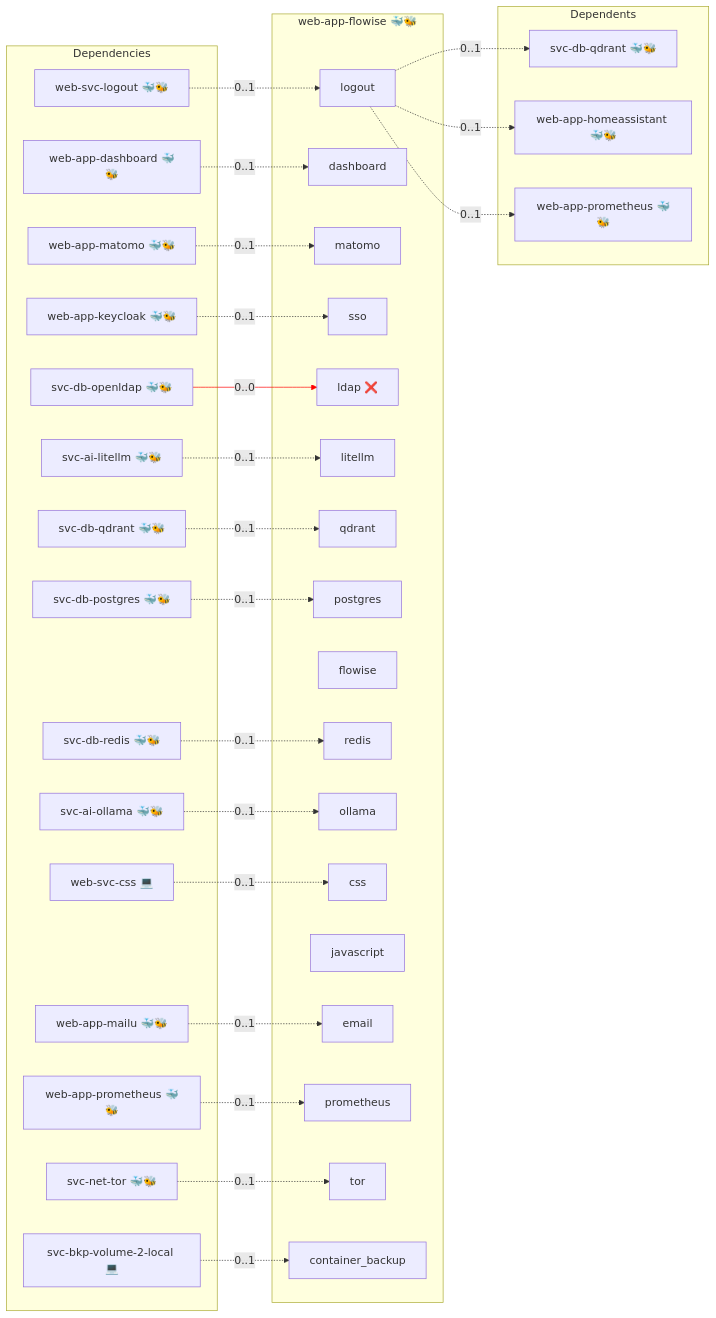
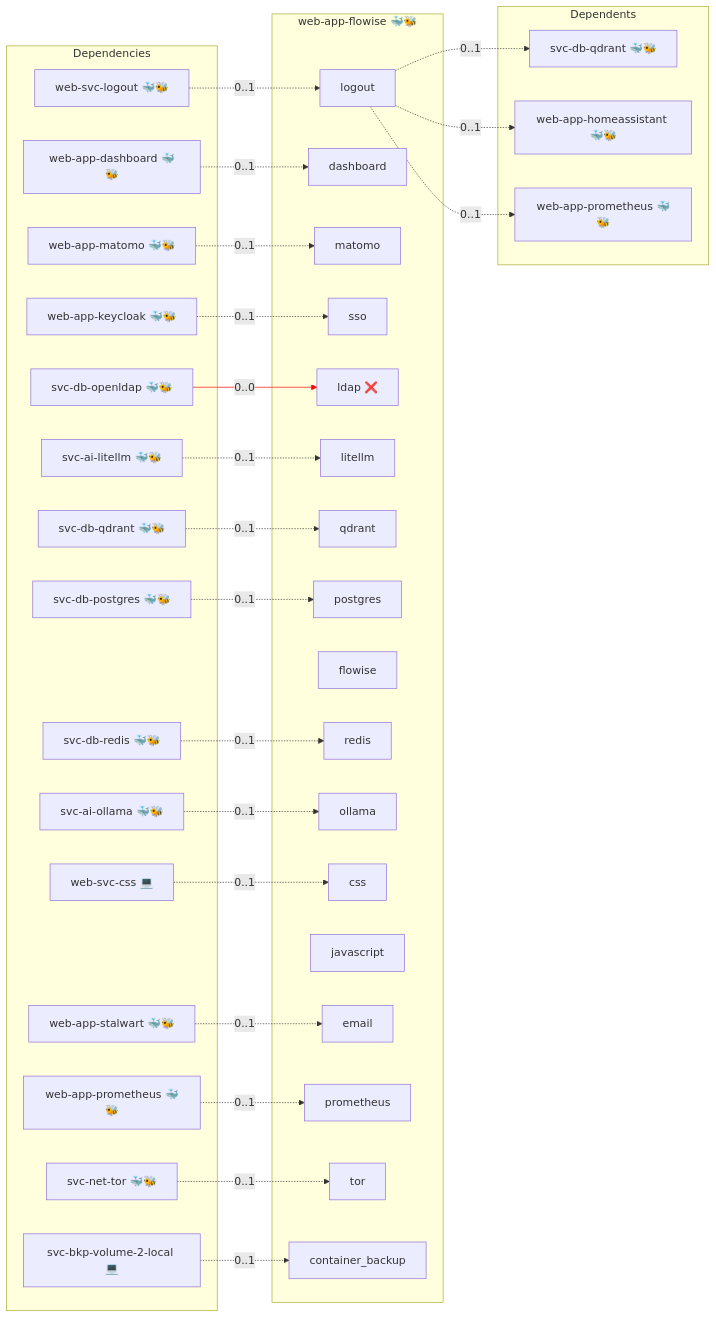
One commit to AlejandroRomanIbanez/infinito-nexus changed the diagram in roles/web-app-flowise/README.md. Above: the diagram before and after it, drawn with Mermaid. The commit also changed 67 other files, not shown here.

````diff
--- a/roles/web-app-flowise/README.md
+++ b/roles/web-app-flowise/README.md
@@ -15,63 +15,63 @@
 ```mermaid
 flowchart LR
     subgraph deps [Dependencies]
         dep_svc_ai_litellm["svc-ai-litellm 🐳🐝"]
         dep_svc_ai_ollama["svc-ai-ollama 🐳🐝"]
         dep_svc_bkp_volume_2_local["svc-bkp-volume-2-local 💻"]
         dep_svc_db_openldap["svc-db-openldap 🐳🐝"]
         dep_svc_db_postgres["svc-db-postgres 🐳🐝"]
         dep_svc_db_qdrant["svc-db-qdrant 🐳🐝"]
         dep_svc_db_redis["svc-db-redis 🐳🐝"]
         dep_svc_net_tor["svc-net-tor 🐳🐝"]
         dep_web_app_dashboard["web-app-dashboard 🐳🐝"]
         dep_web_app_keycloak["web-app-keycloak 🐳🐝"]
-        dep_web_app_mailu["web-app-mailu 🐳🐝"]
         dep_web_app_matomo["web-app-matomo 🐳🐝"]
         dep_web_app_prometheus["web-app-prometheus 🐳🐝"]
+        dep_web_app_stalwart["web-app-stalwart 🐳🐝"]
         dep_web_svc_css["web-svc-css 💻"]
         dep_web_svc_logout["web-svc-logout 🐳🐝"]
     end
     subgraph role [web-app-flowise 🐳🐝]
         svc_logout["logout"]
         svc_dashboard["dashboard"]
         svc_matomo["matomo"]
         svc_sso["sso"]
         svc_ldap["ldap ❌"]
         svc_litellm["litellm"]
         svc_qdrant["qdrant"]
         svc_postgres["postgres"]
         svc_flowise["flowise"]
         svc_redis["redis"]
         svc_ollama["ollama"]
         svc_css["css"]
         svc_javascript["javascript"]
         svc_email["email"]
         svc_prometheus["prometheus"]
         svc_tor["tor"]
         svc_container_backup["container_backup"]
     end
     subgraph dependents [Dependents]
         dpt_svc_db_qdrant["svc-db-qdrant 🐳🐝"]
         dpt_web_app_homeassistant["web-app-homeassistant 🐳🐝"]
         dpt_web_app_prometheus["web-app-prometheus 🐳🐝"]
     end
     dep_svc_ai_litellm -. "0..1" .-> svc_litellm
     dep_svc_ai_ollama -. "0..1" .-> svc_ollama
     dep_svc_bkp_volume_2_local -. "0..1" .-> svc_container_backup
     dep_svc_db_openldap -- "0..0" --> svc_ldap
     dep_svc_db_postgres -. "0..1" .-> svc_postgres
     dep_svc_db_qdrant -. "0..1" .-> svc_qdrant
     dep_svc_db_redis -. "0..1" .-> svc_redis
     dep_svc_net_tor -. "0..1" .-> svc_tor
     dep_web_app_dashboard -. "0..1" .-> svc_dashboard
     dep_web_app_keycloak -. "0..1" .-> svc_sso
-    dep_web_app_mailu -. "0..1" .-> svc_email
     dep_web_app_matomo -. "0..1" .-> svc_matomo
     dep_web_app_prometheus -. "0..1" .-> svc_prometheus
+    dep_web_app_stalwart -. "0..1" .-> svc_email
     dep_web_svc_css -. "0..1" .-> svc_css
     dep_web_svc_logout -. "0..1" .-> svc_logout
     svc_logout -. "0..1" .-> dpt_svc_db_qdrant
     svc_logout -. "0..1" .-> dpt_web_app_homeassistant
     svc_logout -. "0..1" .-> dpt_web_app_prometheus
     linkStyle 3 stroke:red;
 ```
````
